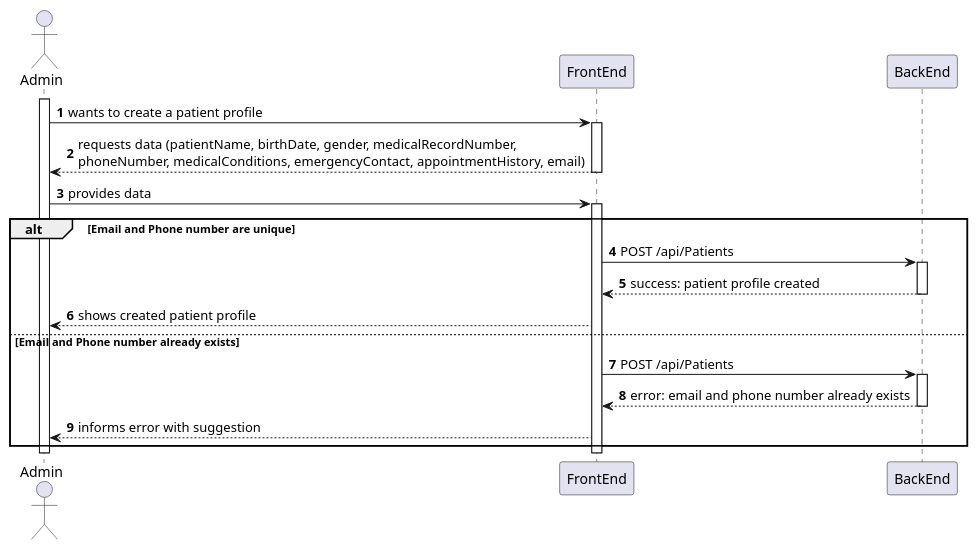
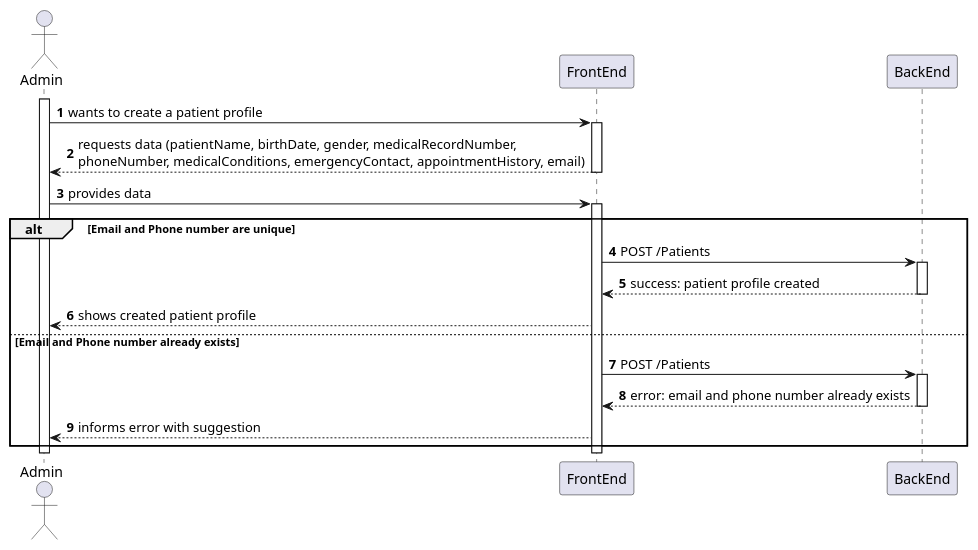
Before and after one commit to MiguelCardoso77/SurgicalSync-BackEnd: the diagram in Wiki/SprintA/diagrams/use-cases/12-create-patient-profile/level2/process-view.puml, drawn with PlantUML. The commit also changed 4 other files, not shown here.

```diff
--- a/Wiki/SprintA/diagrams/use-cases/12-create-patient-profile/level2/process-view.puml
+++ b/Wiki/SprintA/diagrams/use-cases/12-create-patient-profile/level2/process-view.puml
@@ -1,38 +1,38 @@
 @startuml
 autonumber
 
 actor "Admin" as USER
 
 participant "FrontEnd" as FE
 participant "BackEnd" as BE
 
 activate USER
 
     USER -> FE: wants to create a patient profile
     activate FE
 
         FE --> USER : requests data (patientName, birthDate, gender, medicalRecordNumber,\nphoneNumber, medicalConditions, emergencyContact, appointmentHistory, email)
     deactivate FE
         
     USER -> FE : provides data
     activate FE
         alt Email and Phone number are unique
-            FE -> BE : POST /api/Patients
+            FE -> BE : POST /Patients
             activate BE
             
                 BE --> FE : success: patient profile created 
             deactivate BE
             USER <-- FE : shows created patient profile
             
         else Email and Phone number already exists
-            FE -> BE : POST /api/Patients
+            FE -> BE : POST /Patients
             activate BE
             
                 BE --> FE : error: email and phone number already exists
             deactivate BE
             USER <-- FE : informs error with suggestion
         end
     deactivate FE
 deactivate USER
 
 @enduml
```
